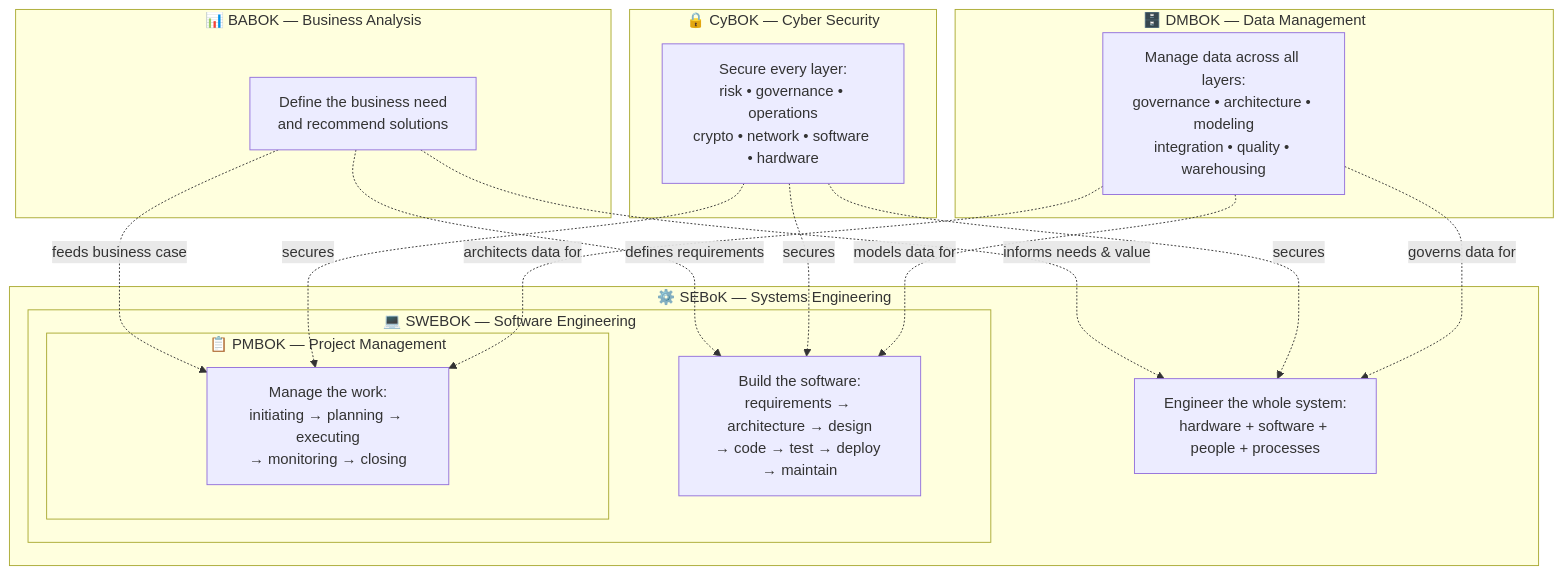
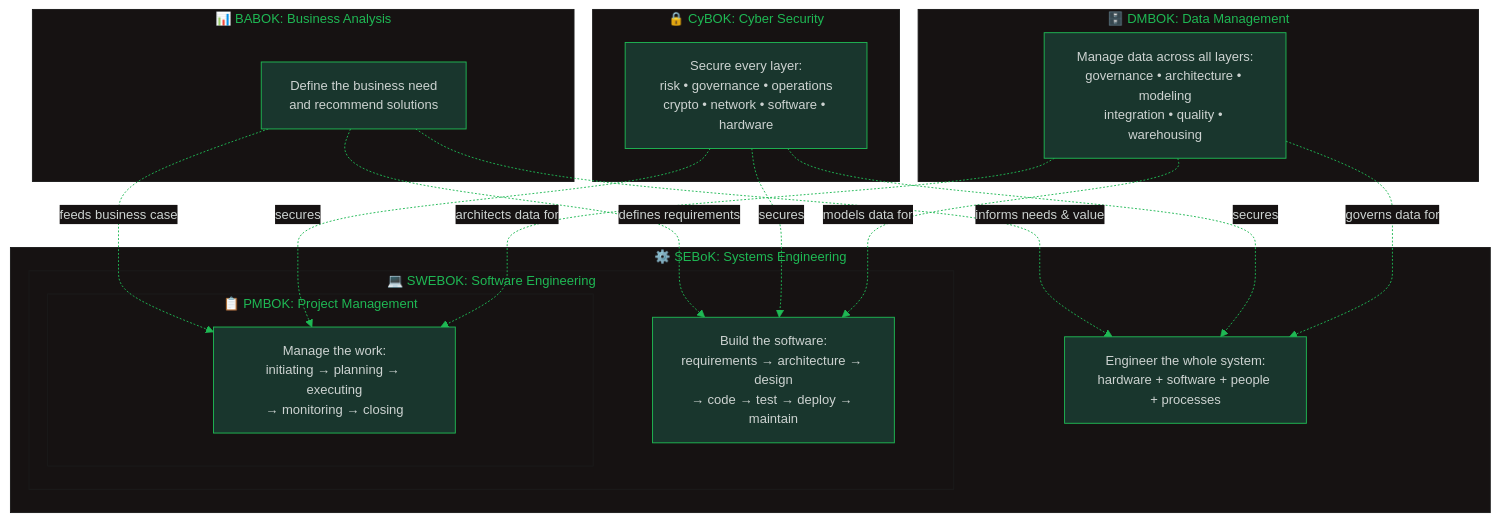
One commit to oat431/swe-knowledge changed the diagram in body-of-knowledge/Body of Knowledge - Overview.md. Above: the diagram before and after it, drawn with Mermaid. The commit also changed other lines of this file and 109 other files, not shown here.

````diff
--- a/body-of-knowledge/Body of Knowledge - Overview.md
+++ b/body-of-knowledge/Body of Knowledge - Overview.md
@@ -93,34 +93,35 @@
 ```mermaid
+%%{init: {'theme':'base','themeVariables':{'primaryColor':'#19362D','primaryTextColor':'#CDD3D1','primaryBorderColor':'#1FB854','lineColor':'#1FB854','background':'#1B1717','mainBkg':'#19362D','clusterBkg':'#161212','edgeLabelBackground':'#161212','titleColor':'#1FB854','fontSize':'14px','cScale0':'#1FB854','cScale1':'#1EB88E','cScale2':'#1FB8AB','cScale3':'#00B5FF','cScale4':'#FFBE00','cScale5':'#19362D','cScale6':'#FF5861','cScale7':'#CDD3D1','cScale8':'#00A96E','cScale9':'#CAC9C9','cScale10':'#1EB88E','cScale11':'#1FB8AB'}}}%%
 flowchart TD
-    subgraph CyBOK_GRP["🔒 CyBOK — Cyber Security"]
+    subgraph CyBOK_GRP["🔒 CyBOK: Cyber Security"]
         CYBER["Secure every layer:\nrisk • governance • operations\ncrypto • network • software • hardware"]
     end
 
-    subgraph DMBOK_GRP["🗄️ DMBOK — Data Management"]
+    subgraph DMBOK_GRP["🗄️ DMBOK: Data Management"]
         DATA["Manage data across all layers:\ngovernance • architecture • modeling\nintegration • quality • warehousing"]
     end
 
-    subgraph BABOK_GRP["📊 BABOK — Business Analysis"]
+    subgraph BABOK_GRP["📊 BABOK: Business Analysis"]
         BA["Define the business need\nand recommend solutions"]
     end
 
-    subgraph SEBoK_GRP["⚙️ SEBoK — Systems Engineering"]
+    subgraph SEBoK_GRP["⚙️ SEBoK: Systems Engineering"]
         SE["Engineer the whole system:\nhardware + software + people + processes"]
-        subgraph SWEBOK_GRP["💻 SWEBOK — Software Engineering"]
+        subgraph SWEBOK_GRP["💻 SWEBOK: Software Engineering"]
             SW["Build the software:\nrequirements → architecture → design\n→ code → test → deploy → maintain"]
-            subgraph PMBOK_GRP["📋 PMBOK — Project Management"]
+            subgraph PMBOK_GRP["📋 PMBOK: Project Management"]
                 PM["Manage the work:\ninitiating → planning → executing\n→ monitoring → closing"]
             end
         end
     end
 
     BA -.->|"informs needs & value"| SE
     BA -.->|"defines requirements"| SW
     BA -.->|"feeds business case"| PM
     CYBER -.->|"secures"| SE
     CYBER -.->|"secures"| SW
     CYBER -.->|"secures"| PM
     DATA -.->|"governs data for"| SE
     DATA -.->|"models data for"| SW
     DATA -.->|"architects data for"| PM
 ```
````
